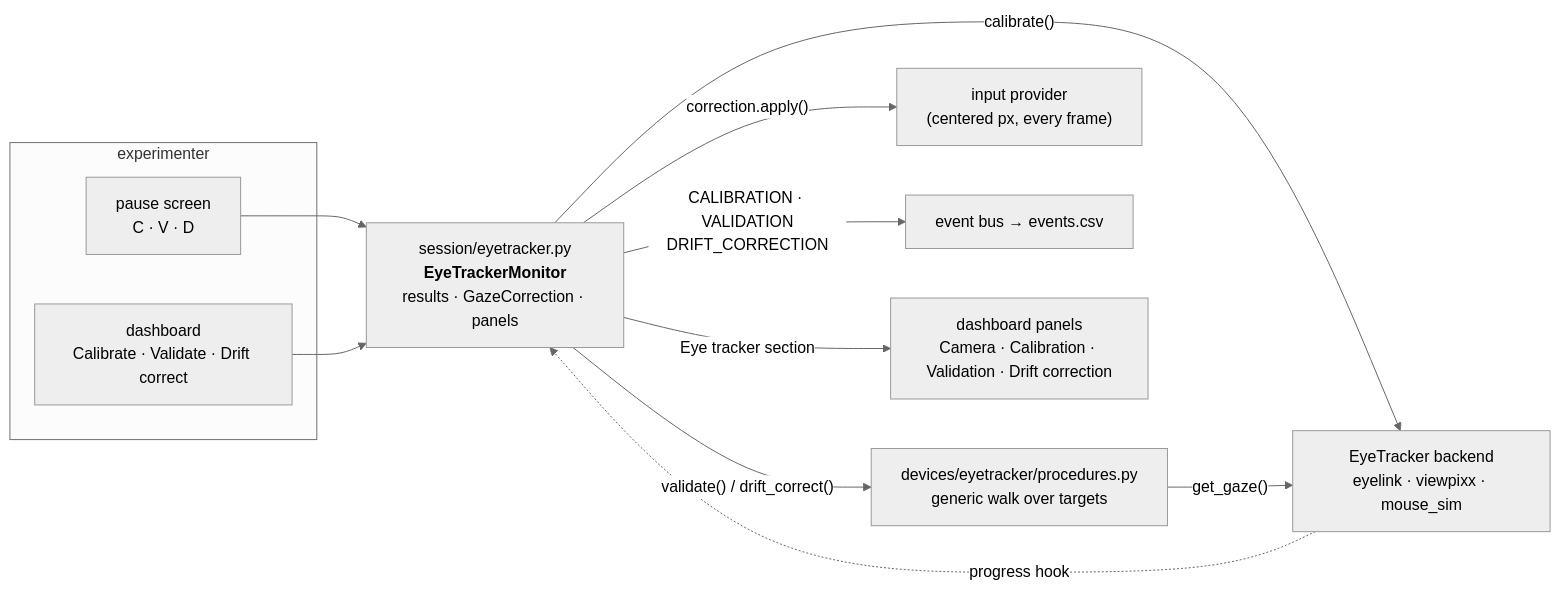
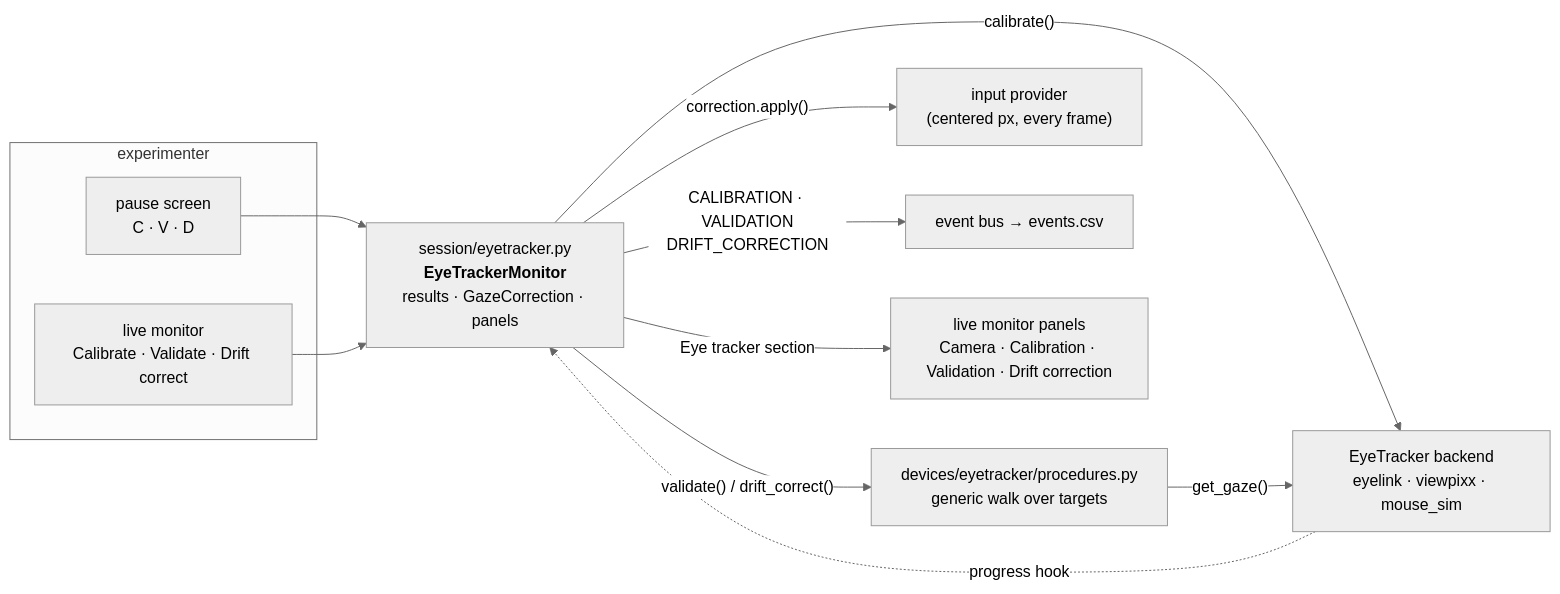
One commit to sh4r11f/alhazen changed the first of 2 diagrams in docs/eye-tracker.md. Above: the diagram before and after it, drawn with Mermaid (neutral theme). The commit also changed other lines of this file and 90 other files, not shown here.

````diff
--- a/docs/eye-tracker.md
+++ b/docs/eye-tracker.md
@@ -23,16 +23,16 @@
 ```mermaid
 flowchart LR
   subgraph exp["experimenter"]
     K["pause screen<br/>C · V · D"]
-    W["dashboard<br/>Calibrate · Validate · Drift correct"]
+    W["live monitor<br/>Calibrate · Validate · Drift correct"]
   end
   K --> M["session/eyetracker.py<br/><b>EyeTrackerMonitor</b><br/>results · GazeCorrection · panels"]
   W --> M
   M -->|"calibrate()"| T["EyeTracker backend<br/>eyelink · viewpixx · mouse_sim"]
   M -->|"validate() / drift_correct()"| P["devices/eyetracker/procedures.py<br/>generic walk over targets"]
   P -->|"get_gaze()"| T
   T -.->|"progress hook"| M
   M -->|"correction.apply()"| I["input provider<br/>(centered px, every frame)"]
   M -->|"CALIBRATION · VALIDATION<br/>DRIFT_CORRECTION"| B["event bus → events.csv"]
-  M -->|"Eye tracker section"| D["dashboard panels<br/>Camera · Calibration · Validation · Drift correction"]
+  M -->|"Eye tracker section"| D["live monitor panels<br/>Camera · Calibration · Validation · Drift correction"]
 ```
````
